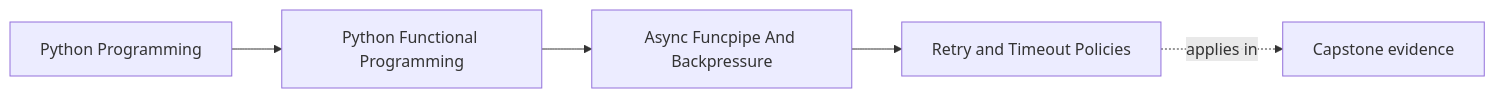
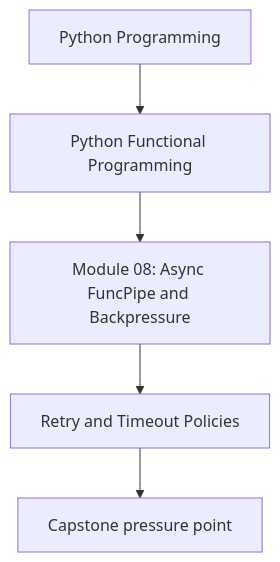
The first of 2 diagrams in programs/python-programming/python-functional-programming/course-book/module-08-async-funcpipe-and-backpressure/retry-and-timeout-policies.md (bijux/bijux-masterclass), drawn with Mermaid before and after one commit. The commit also changed other lines of this file and 118 other files, not shown here.

Commit message:
docs(python-functional-programming): align concept page diagrams

````diff
--- a/programs/python-programming/python-functional-programming/course-book/module-08-async-funcpipe-and-backpressure/retry-and-timeout-policies.md
+++ b/programs/python-programming/python-functional-programming/course-book/module-08-async-funcpipe-and-backpressure/retry-and-timeout-policies.md
@@ -7,11 +7,7 @@
 ```mermaid
-graph LR
-  family["Python Programming"]
-  program["Python Functional Programming"]
-  section["Async Funcpipe And Backpressure"]
-  page["Retry and Timeout Policies"]
-  capstone["Capstone evidence"]
-
-  family --> program --> section --> page
-  page -.applies in.-> capstone
+flowchart TD
+  family["Python Programming"] --> program["Python Functional Programming"]
+  program --> module["Module 08: Async FuncPipe and Backpressure"]
+  module --> concept["Retry and Timeout Policies"]
+  concept --> capstone["Capstone pressure point"]
 ```
````
